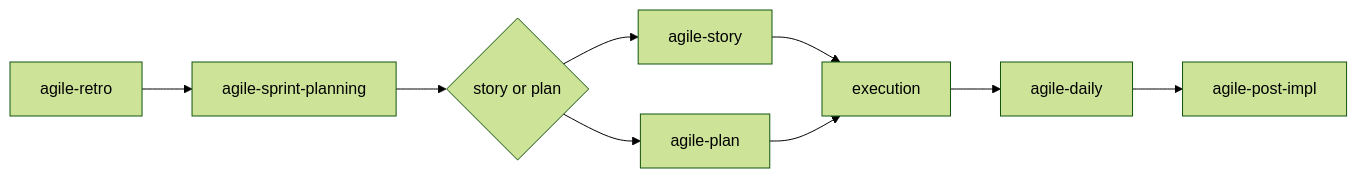
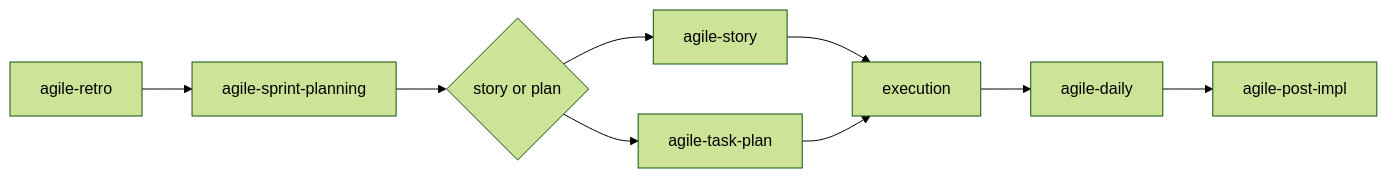
The diagram in skills/agile-sprint-planning/README.md (djalmajr/essential-skills), drawn with Mermaid (forest theme) before and after one commit. The commit also changed other lines of this file and 29 other files, not shown here.

First line of the commit message:
Rename agile-plan to agile-task-plan, remove all sizing codes

````diff
--- a/skills/agile-sprint-planning/README.md
+++ b/skills/agile-sprint-planning/README.md
@@ -83,11 +83,11 @@
 ```mermaid
 flowchart LR
     A[agile-retro] --> B[agile-sprint-planning]
     B --> C{story or plan}
     C --> D[agile-story]
-    C --> E[agile-plan]
+    C --> E[agile-task-plan]
     D --> F[execution]
     E --> F
     F --> G[agile-daily]
     G --> H[agile-post-impl]
 ```
````
